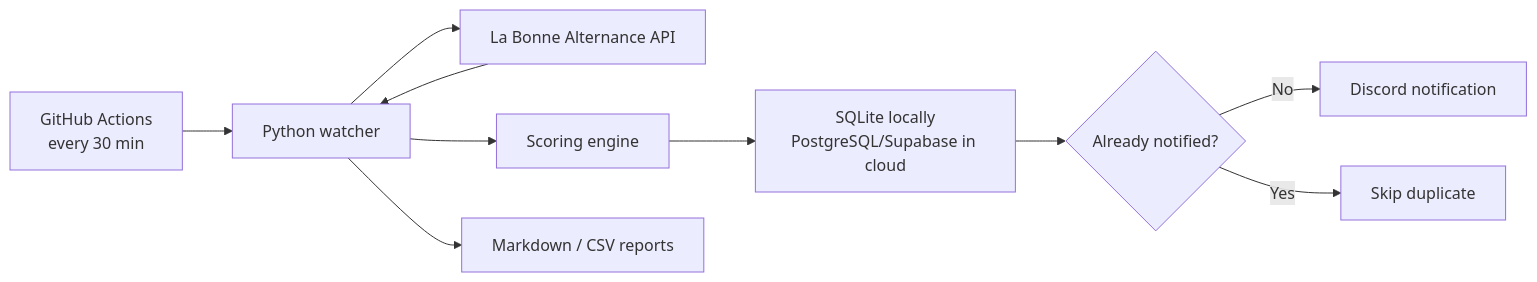
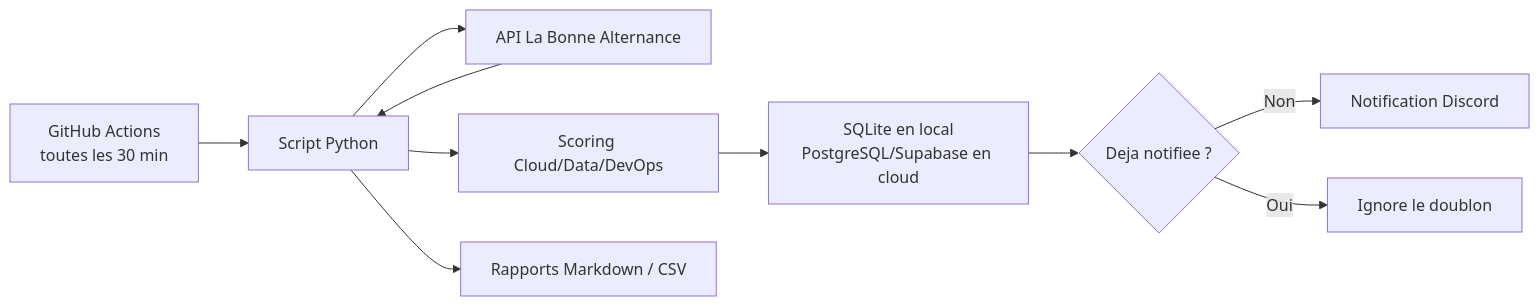
Before and after one commit to pauldpt/alternance-watcher: the diagram in README.md, drawn with Mermaid. The commit also changed other lines of this file and 2 other files, not shown here.

Commit message:
Translate GitHub documentation to French

````diff
--- a/README.md
+++ b/README.md
@@ -30,12 +31,12 @@
 ```mermaid
 flowchart LR
-    A["GitHub Actions<br/>every 30 min"] --> B["Python watcher"]
-    B --> C["La Bonne Alternance API"]
+    A["GitHub Actions<br/>toutes les 30 min"] --> B["Script Python"]
+    B --> C["API La Bonne Alternance"]
     C --> B
-    B --> D["Scoring engine"]
-    D --> E["SQLite locally<br/>PostgreSQL/Supabase in cloud"]
-    E --> F{"Already notified?"}
-    F -->|No| G["Discord notification"]
-    F -->|Yes| H["Skip duplicate"]
-    B --> I["Markdown / CSV reports"]
+    B --> D["Scoring Cloud/Data/DevOps"]
+    D --> E["SQLite en local<br/>PostgreSQL/Supabase en cloud"]
+    E --> F{"Deja notifiee ?"}
+    F -->|Non| G["Notification Discord"]
+    F -->|Oui| H["Ignore le doublon"]
+    B --> I["Rapports Markdown / CSV"]
 ```
````
